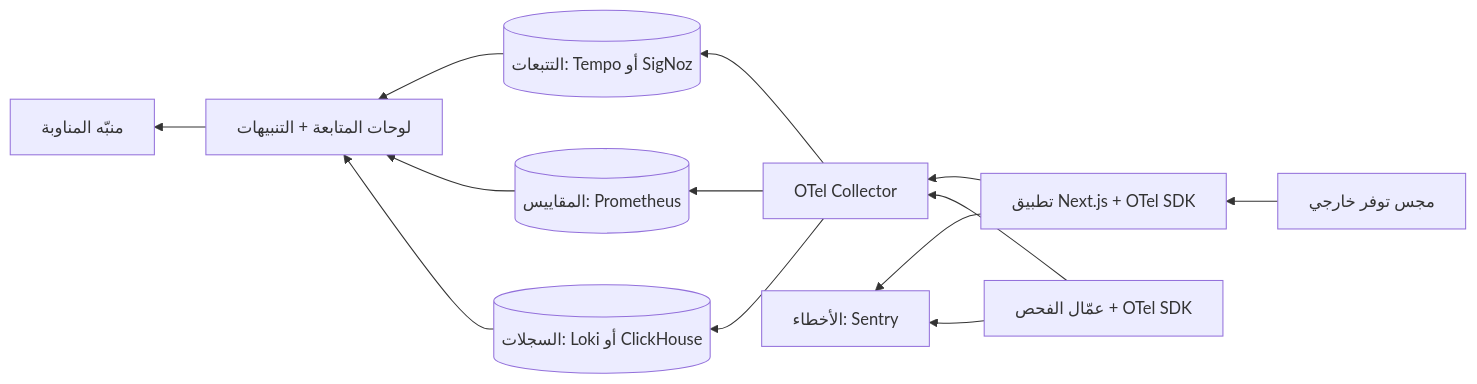
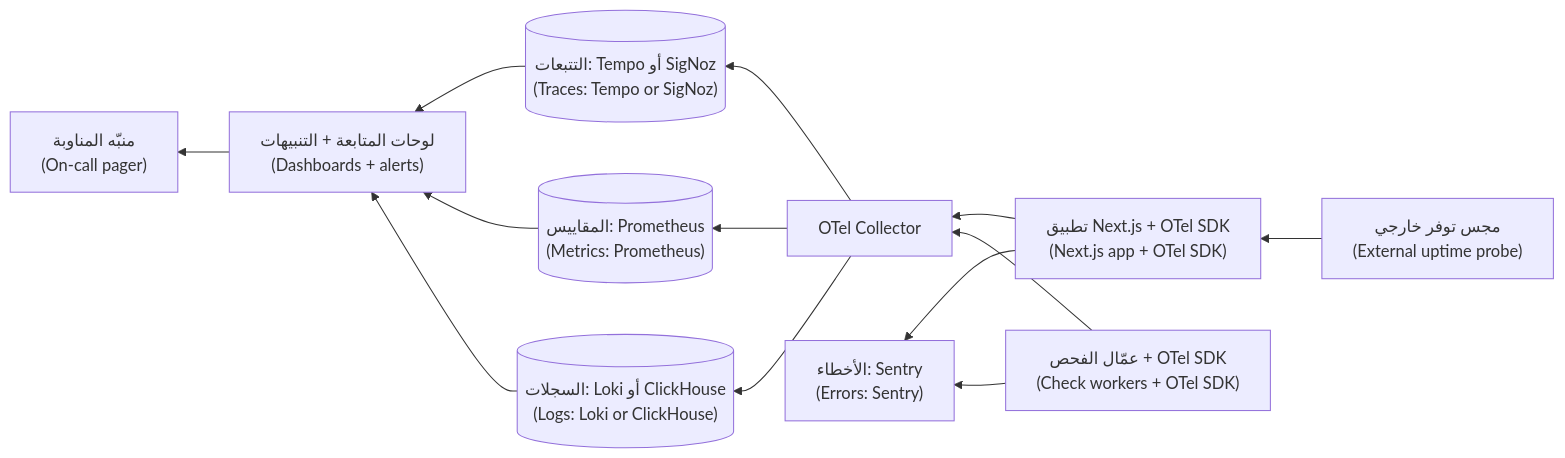
Before and after one commit to Tamoura/system-design-for-vibe-coders: the third of 7 diagrams in saas/modules/07-operations.ar.md, drawn with Mermaid. The commit also changed other lines of this file and 62 other files, not shown here.

First line of the commit message:
Arabic editions: English on every diagram label, RTL fixes, rebuild

````diff
--- a/saas/modules/07-operations.ar.md
+++ b/saas/modules/07-operations.ar.md
@@ -362,15 +362,15 @@
 ```mermaid
 flowchart RL
-  Web["تطبيق Next.js + OTel SDK"] --> Col["OTel Collector"]
-  Worker["عمّال الفحص + OTel SDK"] --> Col
-  Col --> Traces[("التتبعات: Tempo أو SigNoz")]
-  Col --> Metrics[("المقاييس: Prometheus")]
-  Col --> Logs[("السجلات: Loki أو ClickHouse")]
-  Web --> Sentry["الأخطاء: Sentry"]
+  Web["تطبيق Next.js + OTel SDK<br/>(Next.js app + OTel SDK)"] --> Col["OTel Collector"]
+  Worker["عمّال الفحص + OTel SDK<br/>(Check workers + OTel SDK)"] --> Col
+  Col --> Traces[("التتبعات: Tempo أو SigNoz<br/>(Traces: Tempo or SigNoz)")]
+  Col --> Metrics[("المقاييس: Prometheus<br/>(Metrics: Prometheus)")]
+  Col --> Logs[("السجلات: Loki أو ClickHouse<br/>(Logs: Loki or ClickHouse)")]
+  Web --> Sentry["الأخطاء: Sentry<br/>(Errors: Sentry)"]
   Worker --> Sentry
-  Traces --> Grafana["لوحات المتابعة + التنبيهات"]
+  Traces --> Grafana["لوحات المتابعة + التنبيهات<br/>(Dashboards + alerts)"]
   Metrics --> Grafana
   Logs --> Grafana
-  Probe["مجس توفر خارجي"] --> Web
-  Grafana --> Pager["منبّه المناوبة"]
+  Probe["مجس توفر خارجي<br/>(External uptime probe)"] --> Web
+  Grafana --> Pager["منبّه المناوبة<br/>(On-call pager)"]
 ```
````
